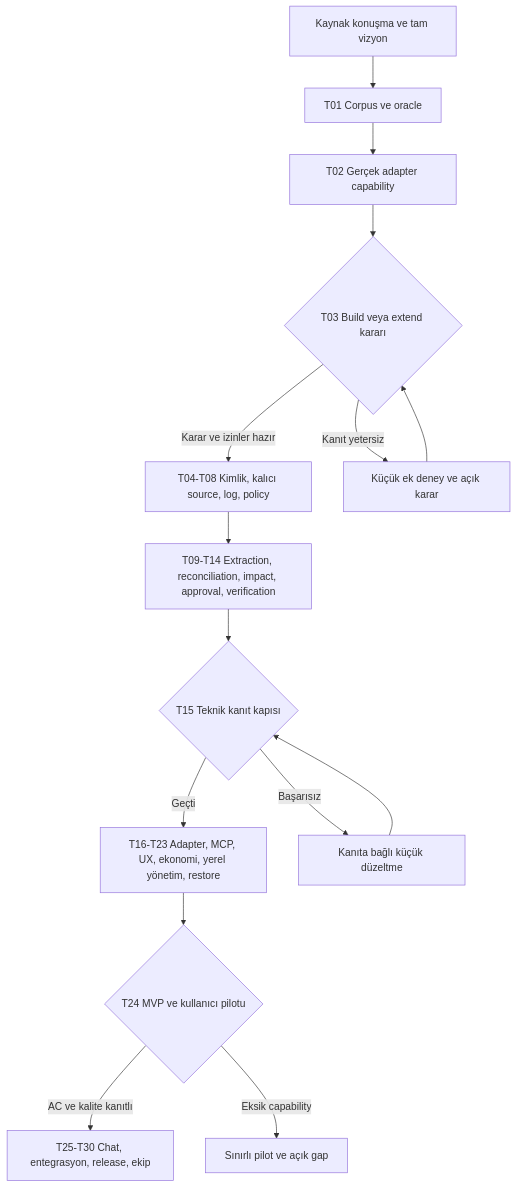
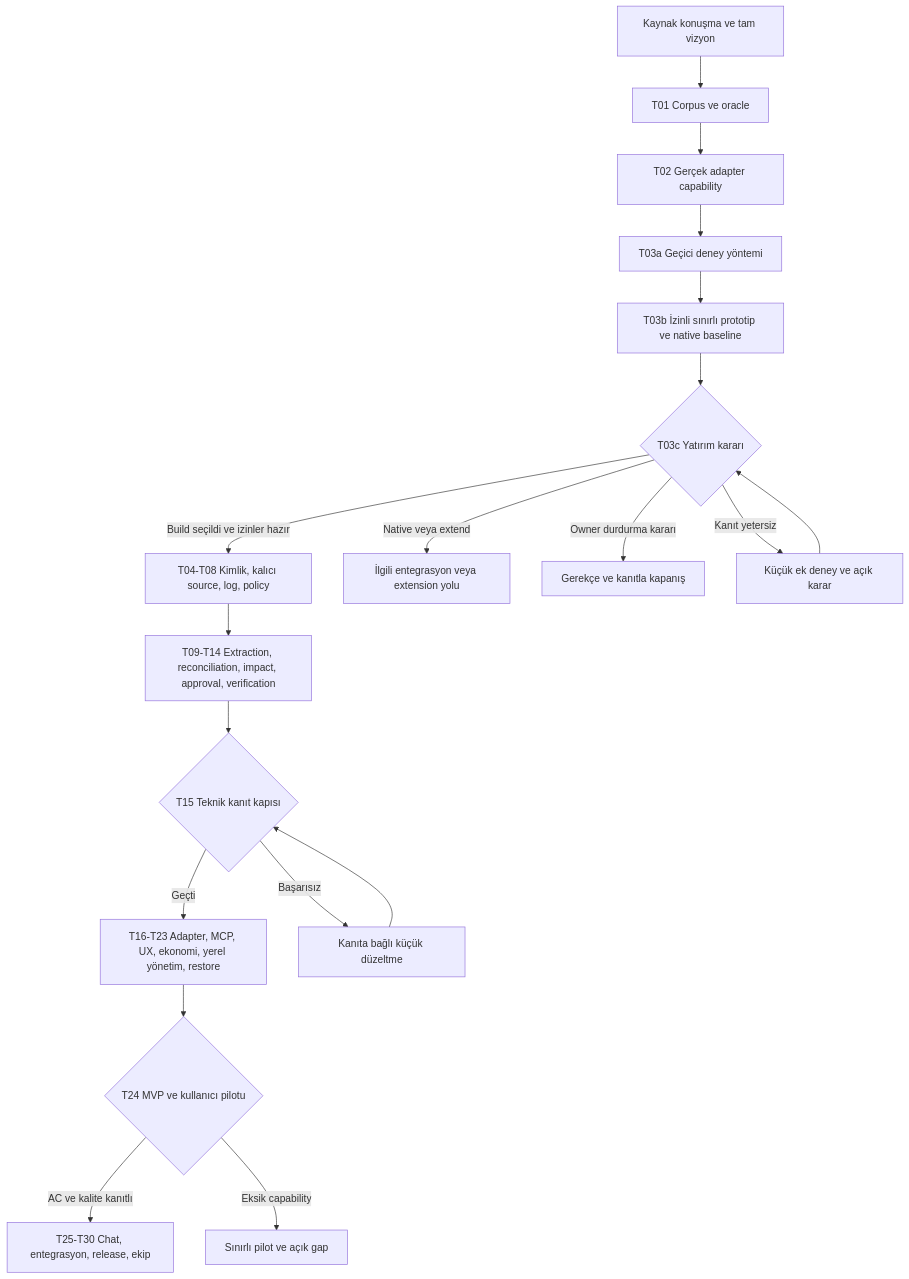
The second of 2 diagrams in ROADMAP.md (alphanAkbulut/decivora), drawn with Mermaid before and after one commit. The commit also changed other lines of this file and 41 other files, not shown here.

````diff
--- a/ROADMAP.md
+++ b/ROADMAP.md
@@ -25,17 +33,21 @@
 ```mermaid
 flowchart TB
     S[Kaynak konuşma ve tam vizyon] --> C[T01 Corpus ve oracle]
     C --> A[T02 Gerçek adapter capability]
-    A --> D{T03 Build veya extend kararı}
-    D -->|Karar ve izinler hazır| CORE[T04-T08 Kimlik, kalıcı source, log, policy]
+    A --> PLAN[T03a Geçici deney yöntemi]
+    PLAN --> PROTO[T03b İzinli sınırlı prototip ve native baseline]
+    PROTO --> D{T03c Yatırım kararı}
+    D -->|Build seçildi ve izinler hazır| CORE[T04-T08 Kimlik, kalıcı source, log, policy]
+    D -->|Native veya extend| ALT[İlgili entegrasyon veya extension yolu]
+    D -->|Owner durdurma kararı| STOP[Gerekçe ve kanıtla kapanış]
     D -->|Kanıt yetersiz| EXP[Küçük ek deney ve açık karar]
     EXP --> D
     CORE --> INT[T09-T14 Extraction, reconciliation, impact, approval, verification]
     INT --> G{T15 Teknik kanıt kapısı}
     G -->|Geçti| MVP[T16-T23 Adapter, MCP, UX, ekonomi, yerel yönetim, restore]
     G -->|Başarısız| FIX[Kanıta bağlı küçük düzeltme]
     FIX --> G
     MVP --> PILOT{T24 MVP ve kullanıcı pilotu}
     PILOT -->|AC ve kalite kanıtlı| NEXT[T25-T30 Chat, entegrasyon, release, ekip]
     PILOT -->|Eksik capability| LIMITED[Sınırlı pilot ve açık gap]
 ```
````
